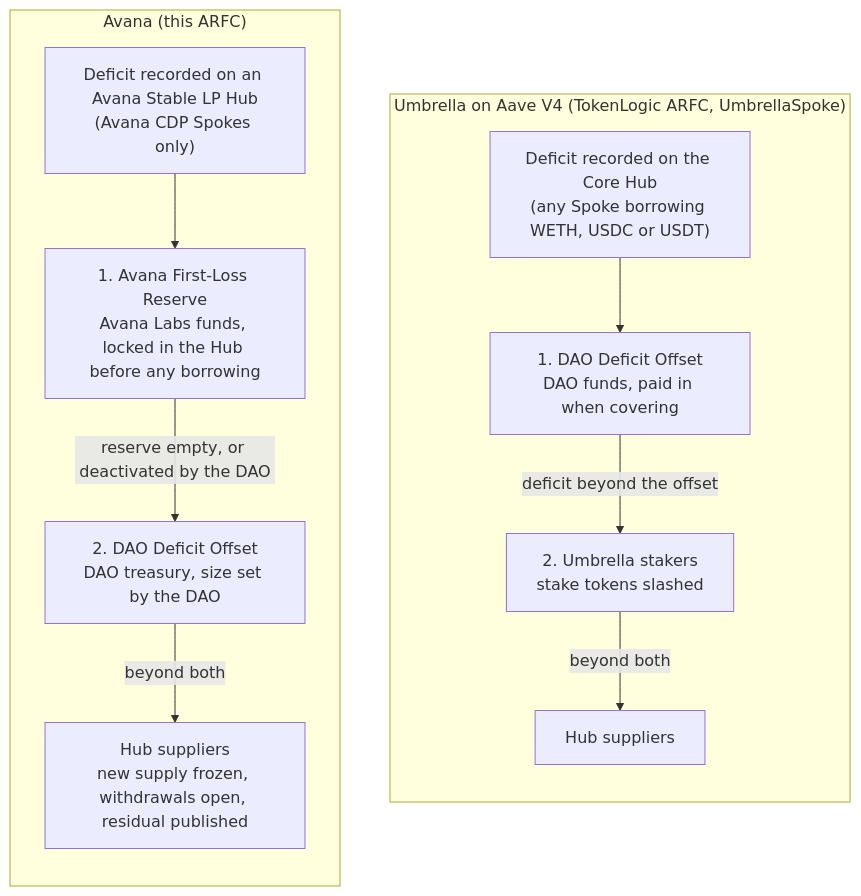
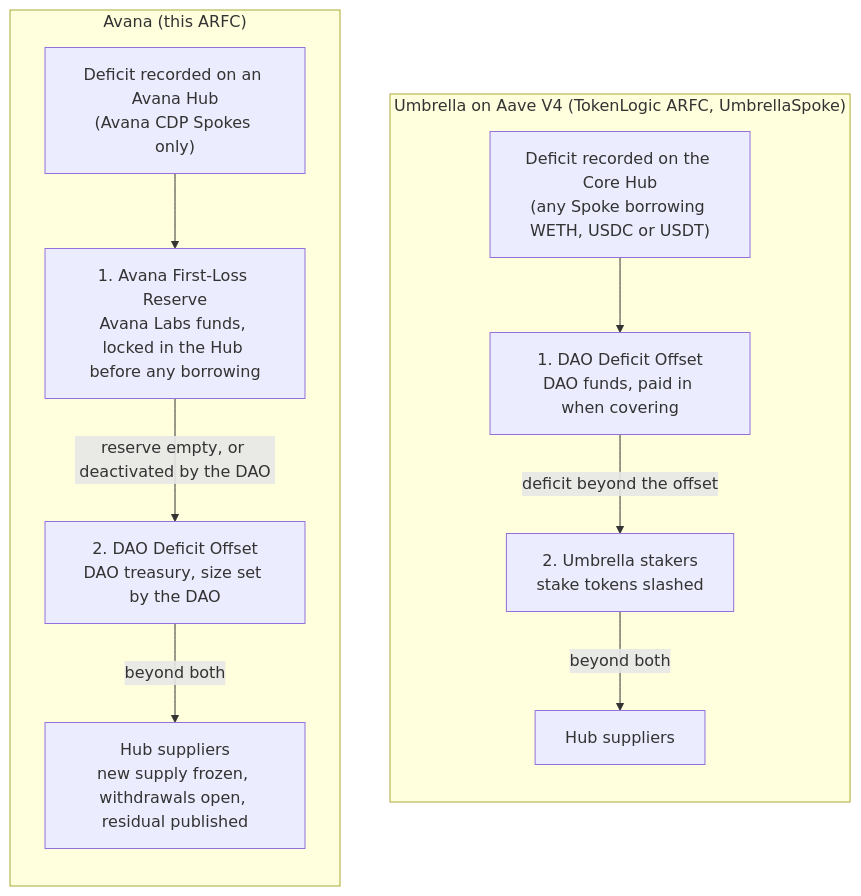
The first of 2 diagrams in docs/governance/arfc-avana-lp-collateral.md (Avana-Labs/avana-monorepo), drawn with Mermaid before and after one commit. The commit also changed other lines of this file and 28 other files, not shown here.

````diff
--- a/docs/governance/arfc-avana-lp-collateral.md
+++ b/docs/governance/arfc-avana-lp-collateral.md
@@ -287,15 +299,15 @@
 ```mermaid
 flowchart TB
     subgraph U["Umbrella on Aave V4 (TokenLogic ARFC, UmbrellaSpoke)"]
         direction TB
         U0["Deficit recorded on the Core Hub<br/>(any Spoke borrowing WETH, USDC or USDT)"] --> U1["1. DAO Deficit Offset<br/>DAO funds, paid in when covering"]
         U1 -->|"deficit beyond the offset"| U2["2. Umbrella stakers<br/>stake tokens slashed"]
         U2 -->|"beyond both"| U3["Hub suppliers"]
     end
     subgraph A["Avana (this ARFC)"]
         direction TB
-        A0["Deficit recorded on an Avana Stable LP Hub<br/>(Avana CDP Spokes only)"] --> A1["1. Avana First-Loss Reserve<br/>Avana Labs funds, locked in the Hub before any borrowing"]
+        A0["Deficit recorded on an Avana Hub<br/>(Avana CDP Spokes only)"] --> A1["1. Avana First-Loss Reserve<br/>Avana Labs funds, locked in the Hub before any borrowing"]
         A1 -->|"reserve empty, or deactivated by the DAO"| A2["2. DAO Deficit Offset<br/>DAO treasury, size set by the DAO"]
         A2 -->|"beyond both"| A3["Hub suppliers<br/>new supply frozen, withdrawals open, residual published"]
     end
 ```
````
